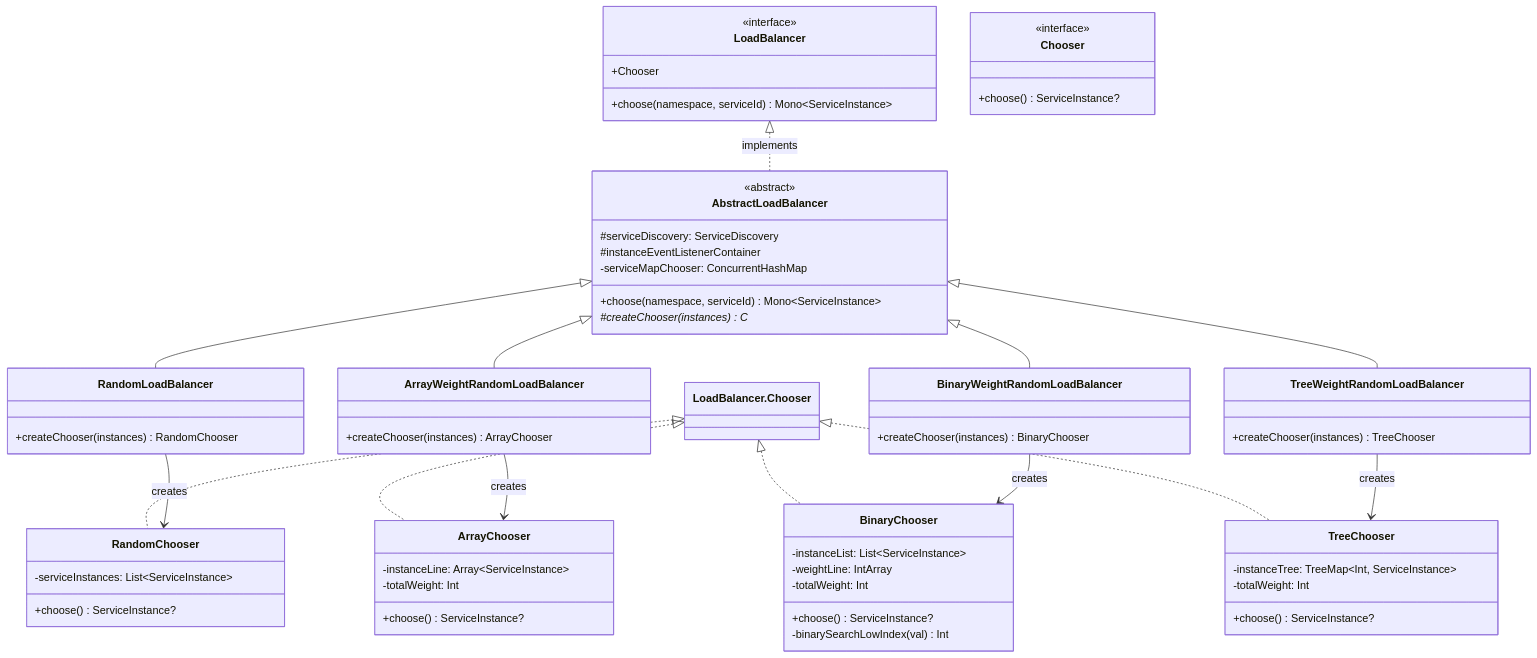
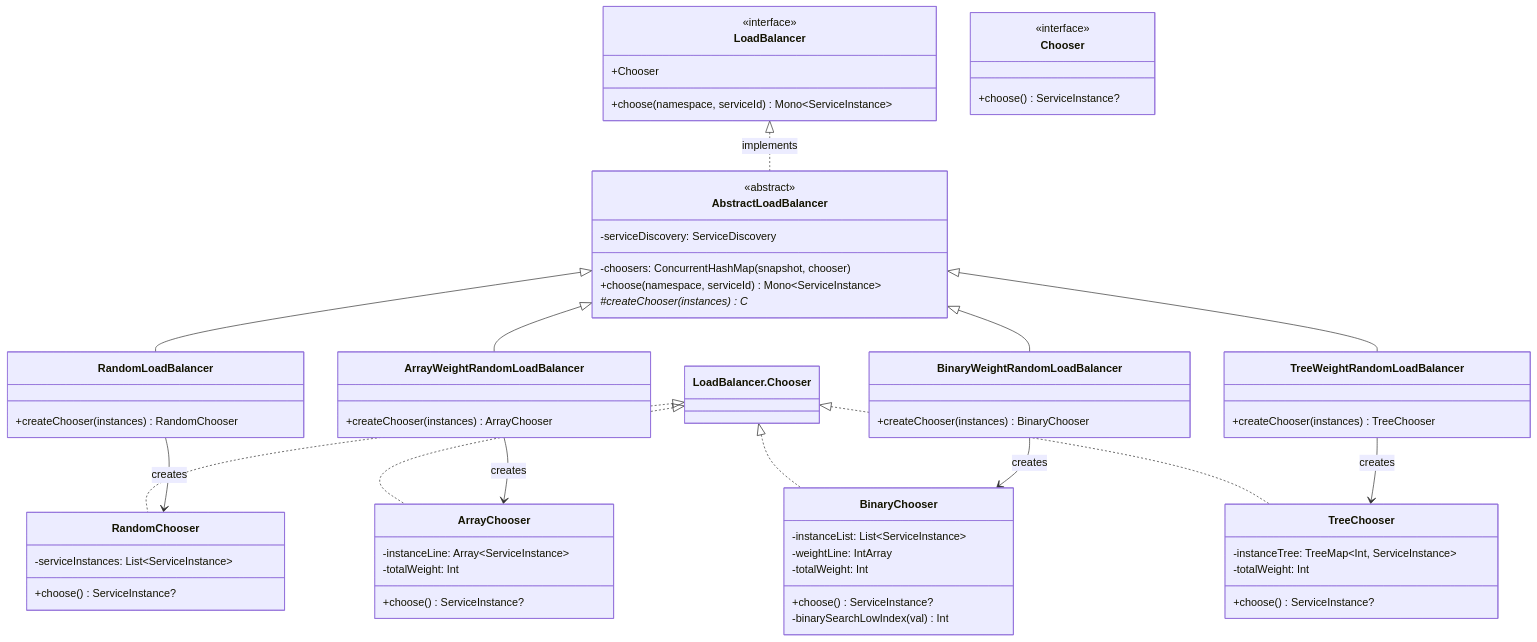
The second of 3 diagrams in wiki/guide/load-balancers.md (Ahoo-Wang/CoSky), drawn with Mermaid before and after one commit. The commit also changed other lines of this file and 35 other files, not shown here.

````diff
--- a/wiki/guide/load-balancers.md
+++ b/wiki/guide/load-balancers.md
@@ -137,67 +137,66 @@
 ```mermaid
 classDiagram
     class LoadBalancer {
         <<interface>>
         +choose(namespace, serviceId) Mono~ServiceInstance~
         +Chooser
     }
     class Chooser {
         <<interface>>
         +choose() ServiceInstance?
     }
     class AbstractLoadBalancer {
         <<abstract>>
-        #serviceDiscovery: ServiceDiscovery
-        #instanceEventListenerContainer
-        -serviceMapChooser: ConcurrentHashMap
+        -serviceDiscovery: ServiceDiscovery
+        -choosers: ConcurrentHashMap (snapshot, chooser)
         +choose(namespace, serviceId) Mono~ServiceInstance~
         #createChooser(instances)* C
     }
     class RandomLoadBalancer {
         +createChooser(instances) RandomChooser
     }
     class ArrayWeightRandomLoadBalancer {
         +createChooser(instances) ArrayChooser
     }
     class BinaryWeightRandomLoadBalancer {
         +createChooser(instances) BinaryChooser
     }
     class TreeWeightRandomLoadBalancer {
         +createChooser(instances) TreeChooser
     }
     class RandomChooser {
         -serviceInstances: List~ServiceInstance~
         +choose() ServiceInstance?
     }
     class ArrayChooser {
         -instanceLine: Array~ServiceInstance~
         -totalWeight: Int
         +choose() ServiceInstance?
     }
     class BinaryChooser {
         -instanceList: List~ServiceInstance~
         -weightLine: IntArray
         -totalWeight: Int
         +choose() ServiceInstance?
         -binarySearchLowIndex(val) Int
     }
     class TreeChooser {
         -instanceTree: TreeMap~Int, ServiceInstance~
         -totalWeight: Int
         +choose() ServiceInstance?
     }
 
     LoadBalancer <|.. AbstractLoadBalancer : implements
     LoadBalancer.Chooser <|.. RandomChooser
     LoadBalancer.Chooser <|.. ArrayChooser
     LoadBalancer.Chooser <|.. BinaryChooser
     LoadBalancer.Chooser <|.. TreeChooser
     AbstractLoadBalancer <|-- RandomLoadBalancer
     AbstractLoadBalancer <|-- ArrayWeightRandomLoadBalancer
     AbstractLoadBalancer <|-- BinaryWeightRandomLoadBalancer
     AbstractLoadBalancer <|-- TreeWeightRandomLoadBalancer
     RandomLoadBalancer --> RandomChooser : creates
     ArrayWeightRandomLoadBalancer --> ArrayChooser : creates
     BinaryWeightRandomLoadBalancer --> BinaryChooser : creates
     TreeWeightRandomLoadBalancer --> TreeChooser : creates
 ```
````
